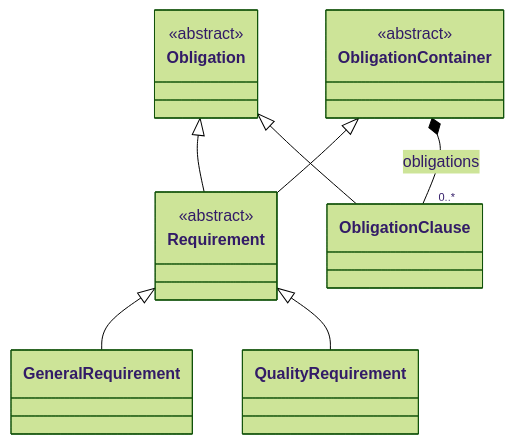
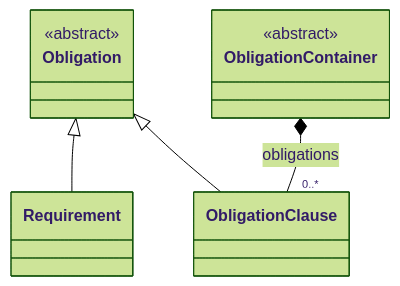
One commit to craigsmitham/dotspec changed the sixth of 18 diagrams in docs/reference/model/core.md. Above: the diagram before and after it, drawn with Mermaid (forest theme). The commit also changed other lines of this file and 139 other files, not shown here.

Commit message:
Unify requirement specifications and classify quality by attribute

````diff
--- a/docs/reference/model/core.md
+++ b/docs/reference/model/core.md
@@ -150,19 +156,13 @@
 ```mermaid
 classDiagram
     direction TB
     class Obligation
     <<abstract>> Obligation
     class ObligationContainer
     <<abstract>> ObligationContainer
     class Requirement
-    <<abstract>> Requirement
-    class GeneralRequirement
-    class QualityRequirement
     class ObligationClause
-    ObligationContainer <|-- Requirement
     Obligation <|-- Requirement
-    Requirement <|-- GeneralRequirement
-    Requirement <|-- QualityRequirement
     Obligation <|-- ObligationClause
     ObligationContainer *-- "0..*" ObligationClause : obligations
 ```
````
